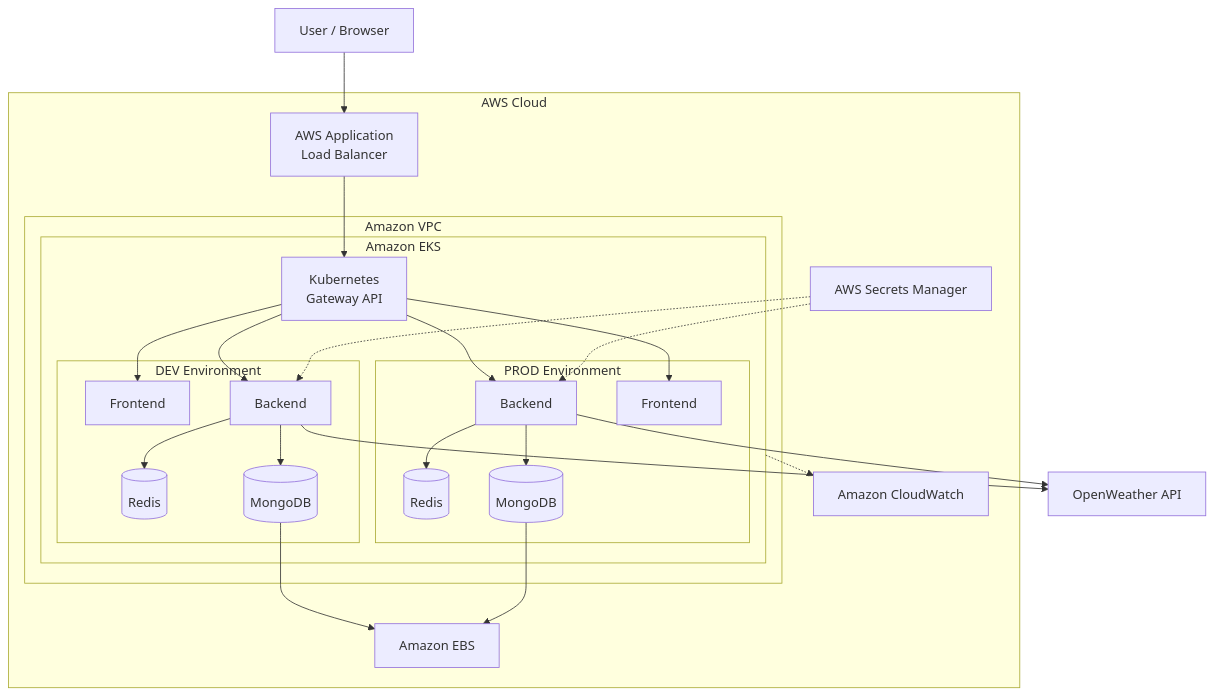
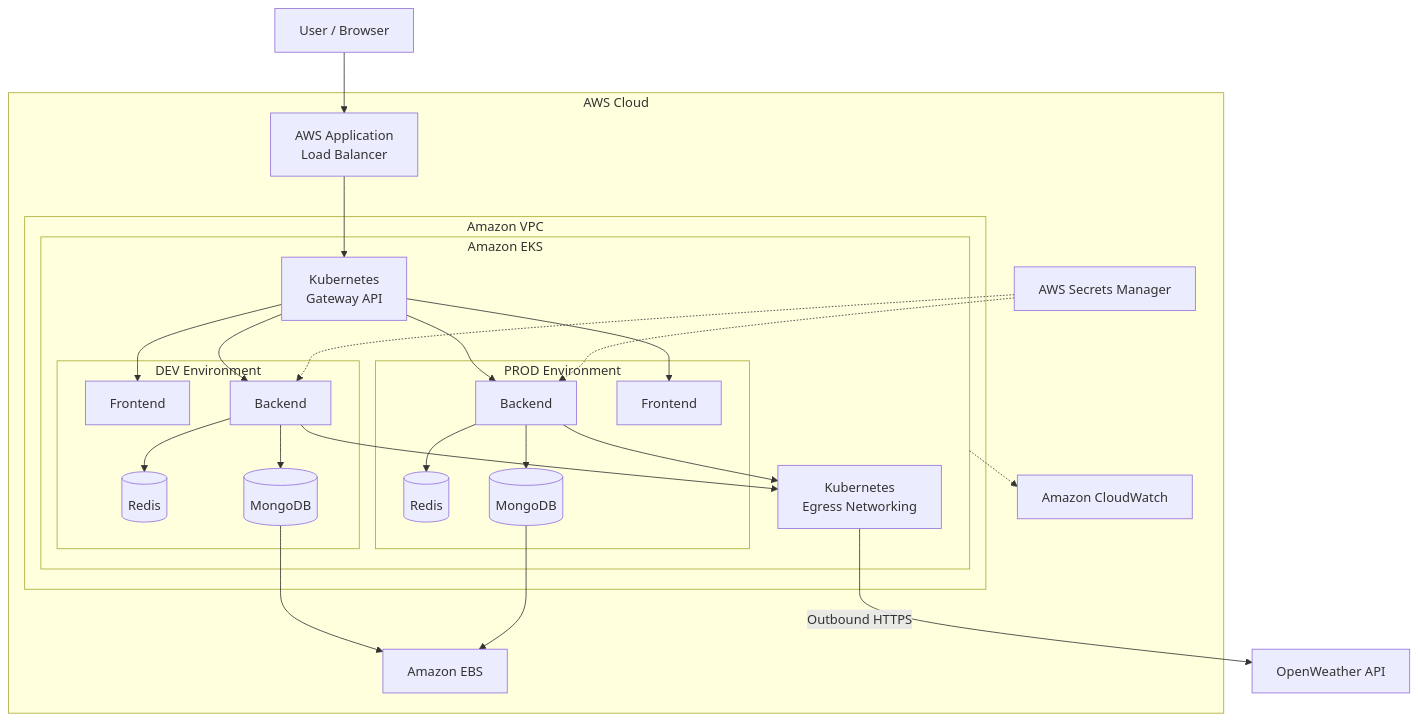
One commit to Kernel-Club/project-atmos-dev changed the third of 3 diagrams in docs/architecture.md. Above: the diagram before and after it, drawn with Mermaid. The commit also changed other lines of this file and 1 other file, not shown here.

Commit message:
Full complete README and add outbount line in cloud diagram architecture.md

````diff
--- a/docs/architecture.md
+++ b/docs/architecture.md
@@ -95,58 +94,61 @@
 ```mermaid
 flowchart TB
     User["User / Browser"]
 
     subgraph AWS["AWS Cloud"]
         ALB["AWS Application<br/>Load Balancer"]
 
         subgraph VPC["Amazon VPC"]
             subgraph EKS["Amazon EKS"]
                 Gateway["Kubernetes<br/>Gateway API"]
 
                 subgraph DEV["DEV Environment"]
                     DF["Frontend"]
                     DB["Backend"]
                     DR[("Redis")]
                     DM[("MongoDB")]
                 end
 
                 subgraph PROD["PROD Environment"]
                     PF["Frontend"]
                     PB["Backend"]
                     PR[("Redis")]
                     PM[("MongoDB")]
                 end
+
+                Egress["Kubernetes<br/>Egress Networking"]
             end
         end
 
         EBS["Amazon EBS"]
         Secrets["AWS Secrets Manager"]
         CloudWatch["Amazon CloudWatch"]
     end
 
     Weather["OpenWeather API"]
 
     User --> ALB
     ALB --> Gateway
 
     Gateway --> DF
     Gateway --> DB
     Gateway --> PF
     Gateway --> PB
 
     DB --> DR
     DB --> DM
-    DB --> Weather
-
+    DB --> Egress
     PB --> PR
     PB --> PM
-    PB --> Weather
+    PB --> Egress
+
+    Egress -->|Outbound HTTPS| Weather
 
     DM --> EBS
     PM --> EBS
 
     Secrets -.-> DB
     Secrets -.-> PB
 
     EKS -.-> CloudWatch
 ```
````
